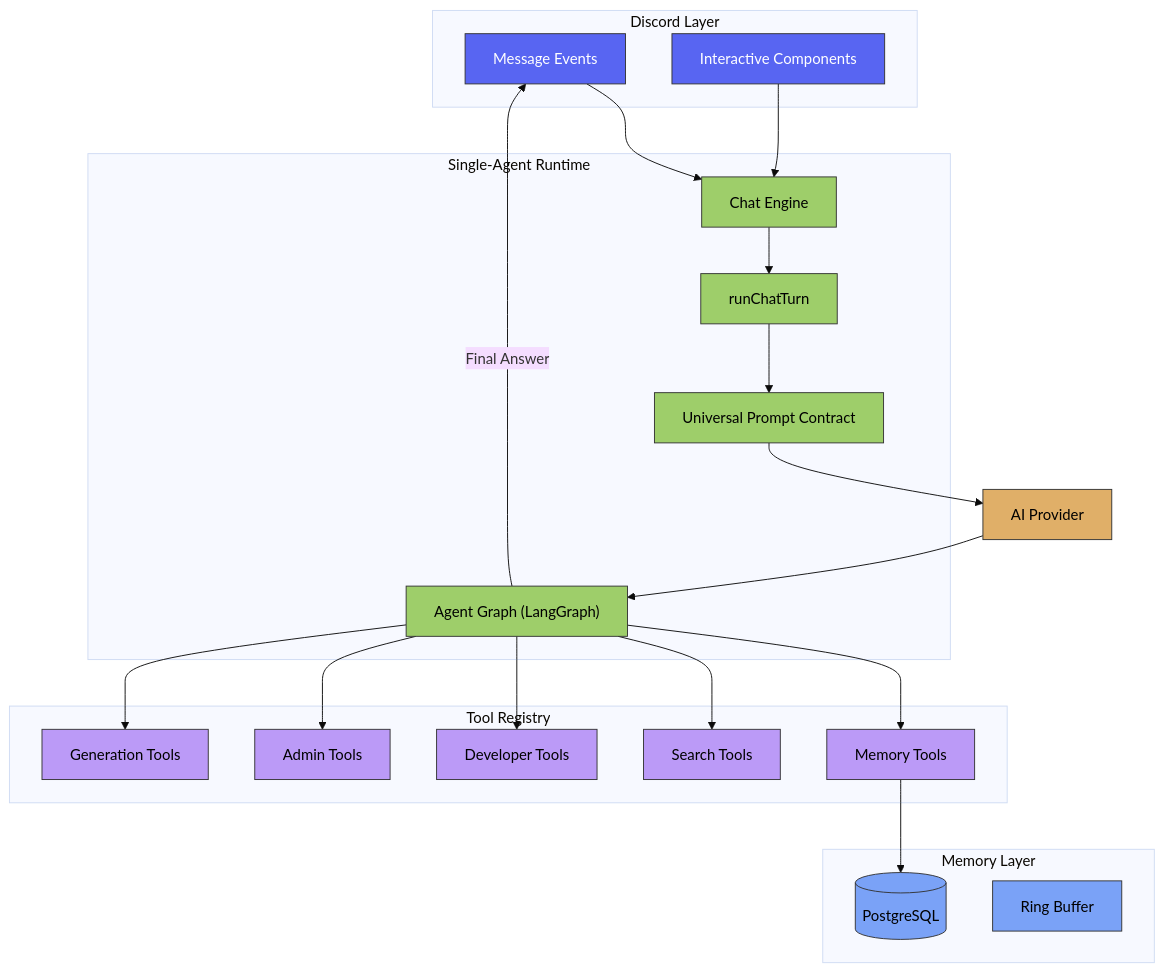
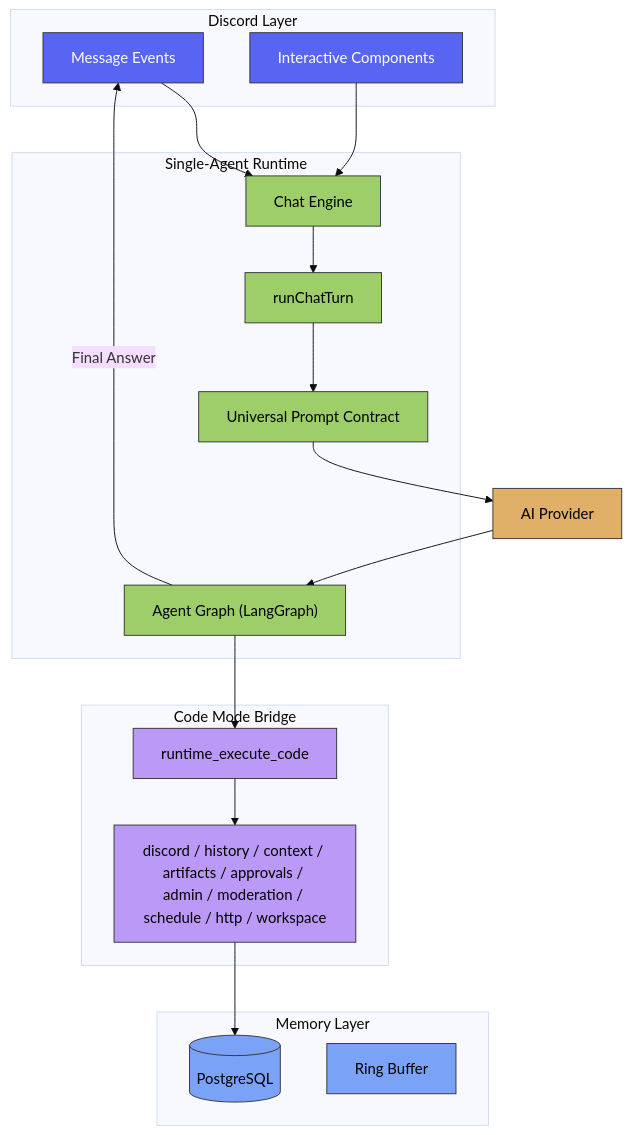
One commit to BokX1/Sage changed the first of 2 diagrams in docs/architecture/OVERVIEW.md. Above: the diagram before and after it, drawn with Mermaid (base theme). The commit also changed other lines of this file and 80 other files, not shown here.

Commit message:
feat: finalize hard-cut bridge-native runtime

````diff
--- a/docs/architecture/OVERVIEW.md
+++ b/docs/architecture/OVERVIEW.md
@@ -42,41 +42,38 @@
 ```mermaid
 flowchart TD
     classDef discord fill:#5865f2,stroke:#333,color:white
     classDef runtime fill:#9ECE6A,stroke:#333,color:black
     classDef memory fill:#7AA2F7,stroke:#333,color:black
-    classDef tools fill:#BB9AF7,stroke:#333,color:black
+    classDef bridge fill:#BB9AF7,stroke:#333,color:black
     classDef llm fill:#E0AF68,stroke:#333,color:black
 
     subgraph Discord["Discord Layer"]
         ME[Message Events]:::discord
         IC[Interactive Components]:::discord
     end
 
     subgraph Runtime["Single-Agent Runtime"]
         CE[Chat Engine]:::runtime
         RT[runChatTurn]:::runtime
         PC["Universal Prompt Contract"]:::runtime
         AG["Agent Graph (LangGraph)"]:::runtime
     end
 
     subgraph Memory["Memory Layer"]
         PG[(PostgreSQL)]:::memory
         RB[Ring Buffer]:::memory
     end
 
-    subgraph Tools["Tool Registry"]
-        MT[Memory Tools]:::tools
-        ST[Search Tools]:::tools
-        DT[Developer Tools]:::tools
-        AT[Admin Tools]:::tools
-        GT[Generation Tools]:::tools
+    subgraph Bridge["Code Mode Bridge"]
+        CM["runtime_execute_code"]:::bridge
+        BR["discord / history / context / artifacts / approvals / admin / moderation / schedule / http / workspace"]:::bridge
     end
 
     ME --> CE --> RT
     IC --> CE
     RT --> PC --> LLM[AI Provider]:::llm
     LLM --> AG
-    AG --> MT & ST & DT & AT & GT
-    MT --> PG
+    AG --> CM --> BR
+    BR --> PG
     AG -->|"Final Answer"| ME
 ```
````
